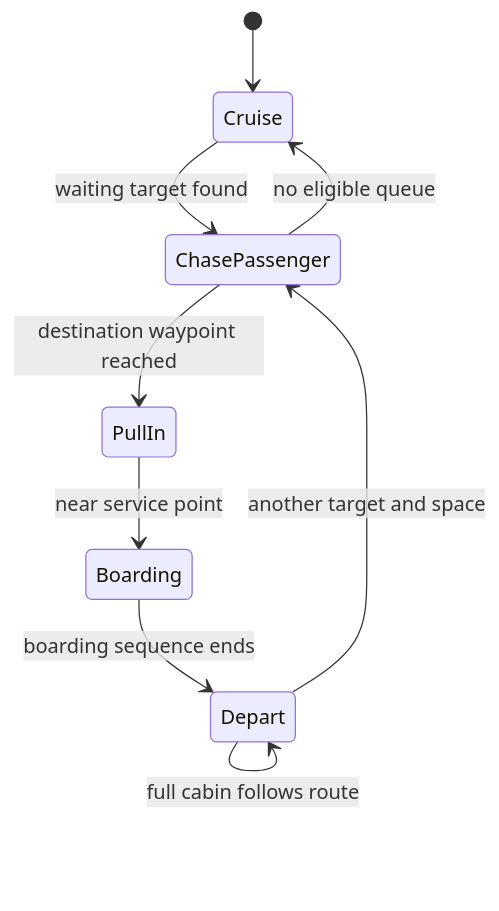
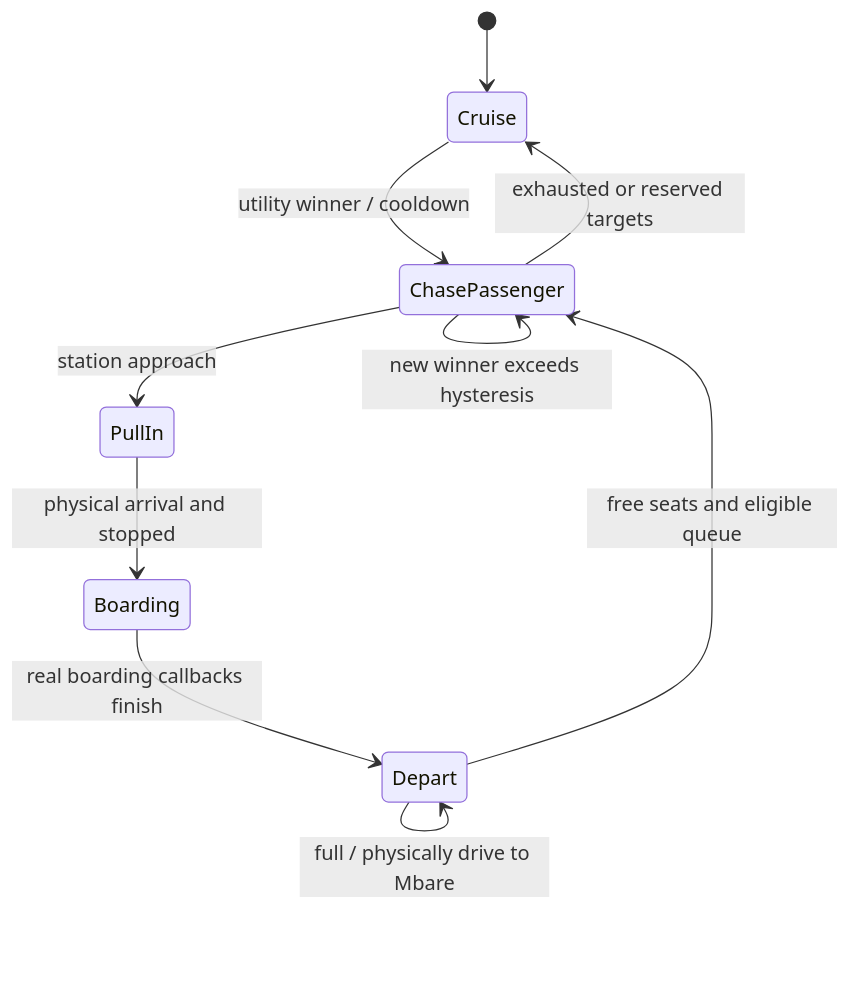
Before and after one commit to Lmapunzwana/kombi-shift: the third of 3 diagrams in Docs/Assessment/DIAGRAMS.md, drawn with Mermaid. The commit also changed other lines of this file and 67 other files, not shown here.

````diff
--- a/Docs/Assessment/DIAGRAMS.md
+++ b/Docs/Assessment/DIAGRAMS.md
@@ -31,11 +36,12 @@
 ```mermaid
 stateDiagram-v2
  [*] --> Cruise
- Cruise --> ChasePassenger: waiting target found
- ChasePassenger --> PullIn: destination waypoint reached
- PullIn --> Boarding: near service point
- Boarding --> Depart: boarding sequence ends
- Depart --> ChasePassenger: another target and space
- Depart --> Depart: full cabin follows route
- ChasePassenger --> Cruise: no eligible queue
+ Cruise --> ChasePassenger: utility winner / cooldown
+ ChasePassenger --> ChasePassenger: new winner exceeds hysteresis
+ ChasePassenger --> PullIn: station approach
+ PullIn --> Boarding: physical arrival and stopped
+ Boarding --> Depart: real boarding callbacks finish
+ Depart --> ChasePassenger: free seats and eligible queue
+ Depart --> Depart: full / physically drive to Mbare
+ ChasePassenger --> Cruise: exhausted or reserved targets
 ```
````
